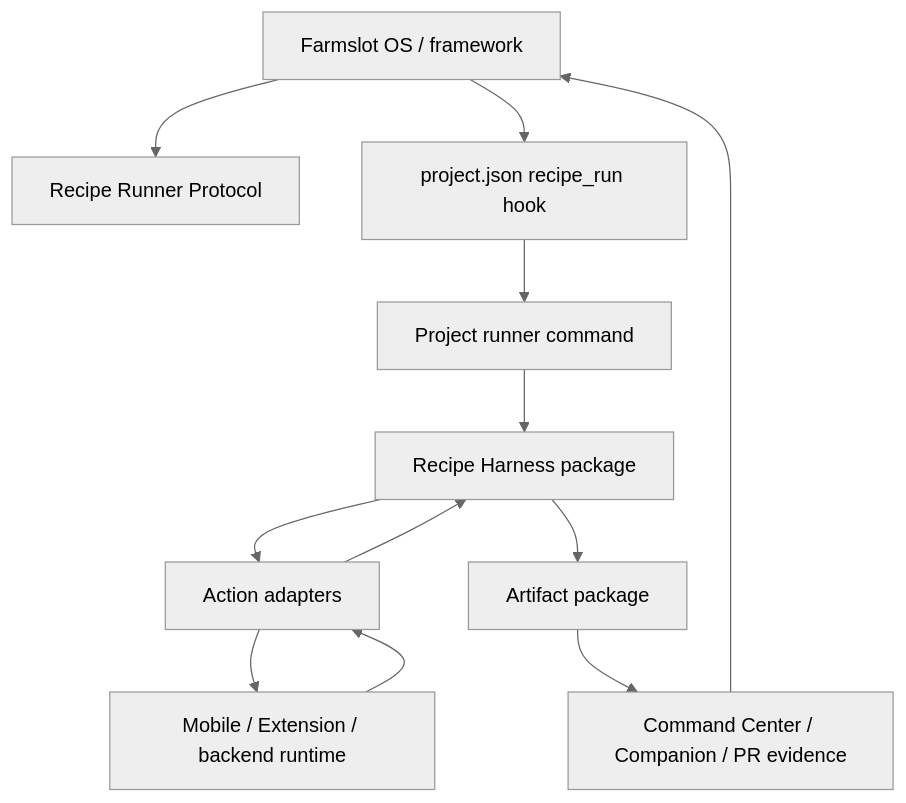
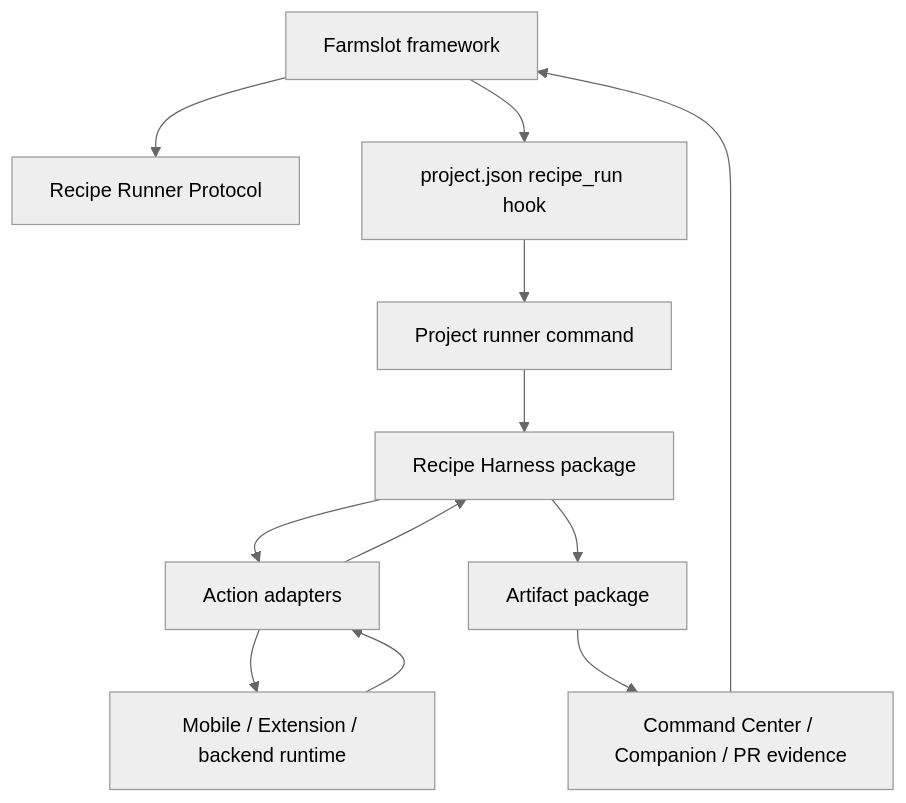
One commit to deeeed/farmslot changed the diagram in apps/docs/docs/architecture/recipe-harness.md. Above: the diagram before and after it, drawn with Mermaid (neutral theme). The commit also changed other lines of this file and 15 other files, not shown here.

Commit message:
docs(docusaurus): frame Farmslot as a framework

````diff
--- a/apps/docs/docs/architecture/recipe-harness.md
+++ b/apps/docs/docs/architecture/recipe-harness.md
@@ -36,24 +36,24 @@
 ```mermaid
 flowchart TD
-  OS[Farmslot OS / framework]
+  Core[Farmslot framework]
   Protocol[Recipe Runner Protocol]
   Hook[project.json recipe_run hook]
   Runner[Project runner command]
   Harness[Recipe Harness package]
   Adapter[Action adapters]
   App[Mobile / Extension / backend runtime]
   Package[Artifact package]
   UI[Command Center / Companion / PR evidence]
 
-  OS --> Protocol
-  OS --> Hook
+  Core --> Protocol
+  Core --> Hook
   Hook --> Runner
   Runner --> Harness
   Harness --> Adapter
   Adapter --> App
   App --> Adapter
   Adapter --> Harness
   Harness --> Package
   Package --> UI
-  UI --> OS
+  UI --> Core
 ```
````
